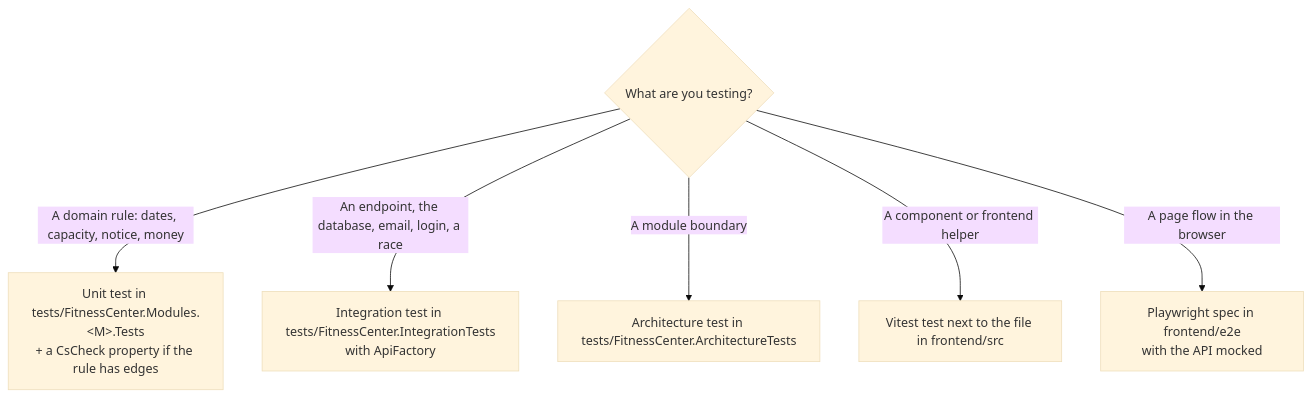
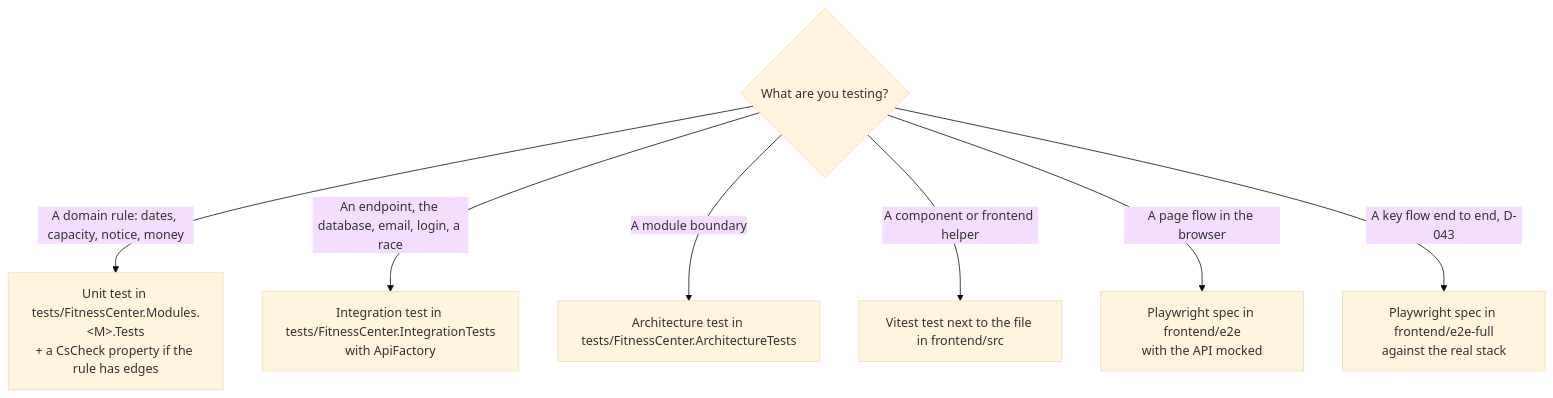
The third of 3 diagrams in docs/testing.md (Gafion/FitnessCenterSystem), drawn with Mermaid (base theme) before and after one commit. The commit also changed other lines of this file and 8 other files, not shown here.

First line of the commit message:
FIT-59: full-stack E2E flows in CI (D-043)

````diff
--- a/docs/testing.md
+++ b/docs/testing.md
@@ -133,9 +145,10 @@
 ```mermaid
 flowchart TD
   Q{What are you testing?}
   Q -->|A domain rule: dates, capacity, notice, money| U["Unit test in tests/FitnessCenter.Modules.&lt;M&gt;.Tests<br/>+ a CsCheck property if the rule has edges"]
   Q -->|An endpoint, the database, email, login, a race| I["Integration test in tests/FitnessCenter.IntegrationTests<br/>with ApiFactory"]
   Q -->|A module boundary| A["Architecture test in tests/FitnessCenter.ArchitectureTests"]
   Q -->|A component or frontend helper| V["Vitest test next to the file in frontend/src"]
   Q -->|A page flow in the browser| P["Playwright spec in frontend/e2e<br/>with the API mocked"]
+  Q -->|A key flow end to end, D-043| F["Playwright spec in frontend/e2e-full<br/>against the real stack"]
 ```
````
